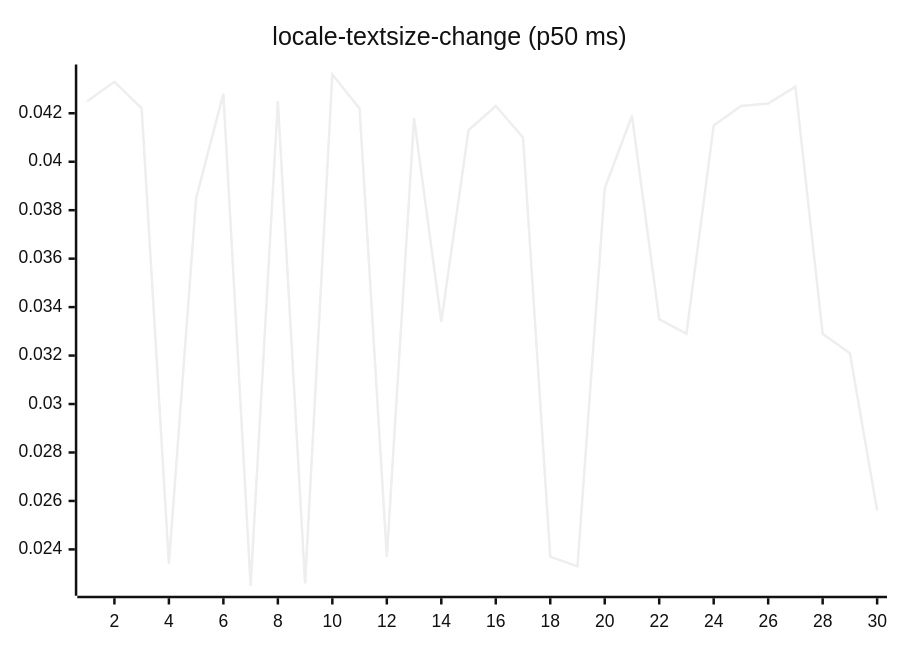
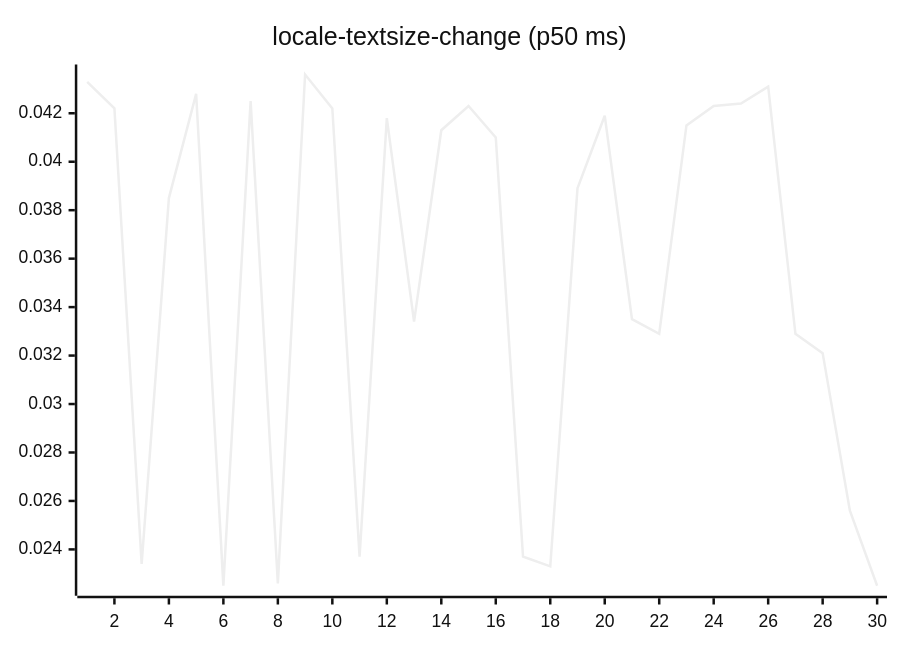
Diagram 13 of 27 in README.md (josha/Facet), drawn with Mermaid (neutral theme) before and after one commit. The commit also changed other lines of this file and 2 other files, not shown here.

````diff
--- a/README.md
+++ b/README.md
@@ -147,6 +147,6 @@
 ```mermaid
 xychart-beta
     title "locale-textsize-change (p50 ms)"
     x-axis 1 --> 30
-    line [0.0425, 0.0433, 0.0422, 0.0234, 0.0385, 0.0428, 0.0225, 0.0425, 0.0226, 0.0436, 0.0422, 0.0237, 0.0418, 0.0334, 0.0413, 0.0423, 0.0410, 0.0237, 0.0233, 0.0389, 0.0419, 0.0335, 0.0329, 0.0415, 0.0423, 0.0424, 0.0431, 0.0329, 0.0321, 0.0256]
+    line [0.0433, 0.0422, 0.0234, 0.0385, 0.0428, 0.0225, 0.0425, 0.0226, 0.0436, 0.0422, 0.0237, 0.0418, 0.0334, 0.0413, 0.0423, 0.0410, 0.0237, 0.0233, 0.0389, 0.0419, 0.0335, 0.0329, 0.0415, 0.0423, 0.0424, 0.0431, 0.0329, 0.0321, 0.0256, 0.0225]
 ```
````
